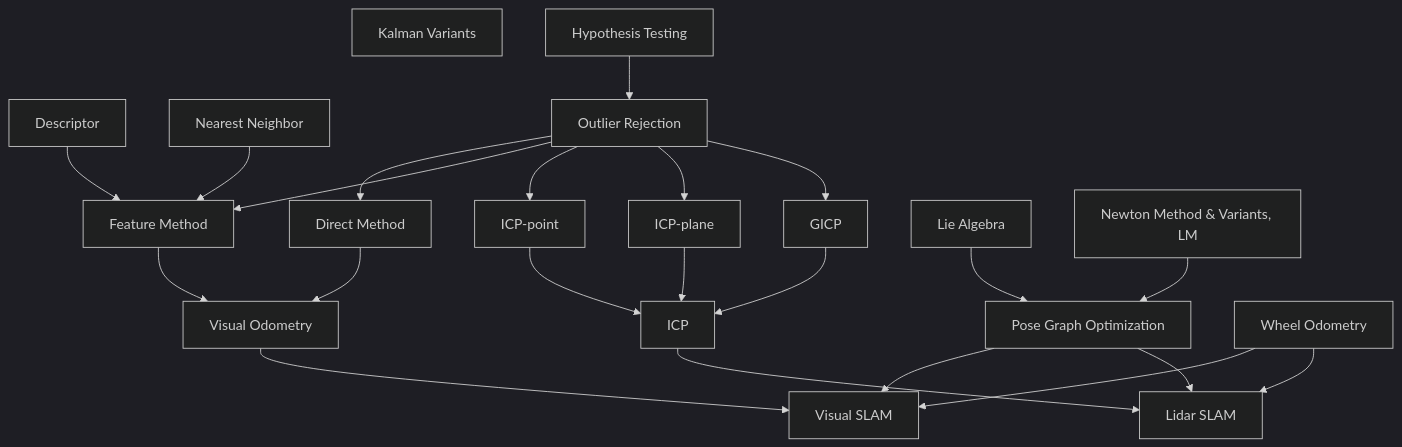
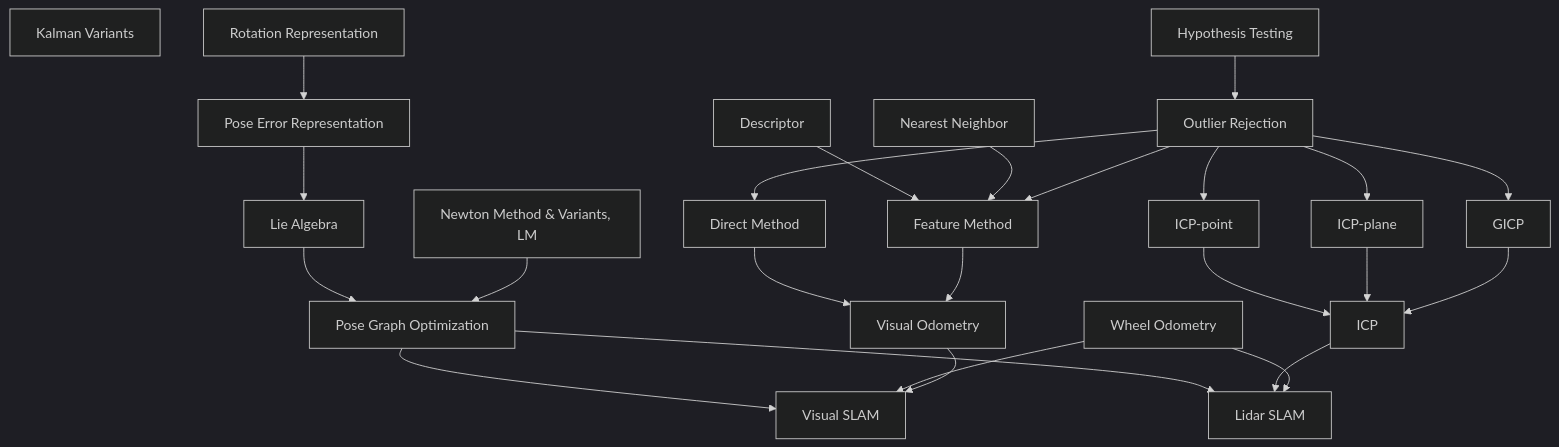
One commit to cchun319/slamlearning changed the diagram in readme.md. Above: the diagram before and after it, drawn with Mermaid (dark theme). The commit also changed 3 other files, not shown here.

````diff
--- a/readme.md
+++ b/readme.md
@@ -6,32 +6,34 @@
 ```mermaid
 graph TD
     A[Pose Graph Optimization] --> C
     B1[ICP-point] --> B
     B2[ICP-plane] --> B
     B3[GICP] --> B
     B[ICP]
     C[Visual SLAM]
     F1[Direct Method] --> F
     F2[Feature Method] --> F 
     F21[Descriptor] --> F2
     F3[Nearest Neighbor] --> F2
     F[Visual Odometry]
     D[Lidar SLAM]
     E[Kalman Variants]
     G[Wheel Odometry]
     A --> D
     B --> D
     G --> C
     G --> D
     F --> C
     H[Lie Algebra] --> A
     I[Newton Method & Variants, LM] --> A
     J[Outlier Rejection]
     J --> F1
     J --> F2
     J --> B1
     J --> B2
     J --> B3
     K[Hypothesis Testing] --> J
+    L[Pose Error Representation] --> H
+    L1[Rotation Representation] --> L
 
 ```
````
